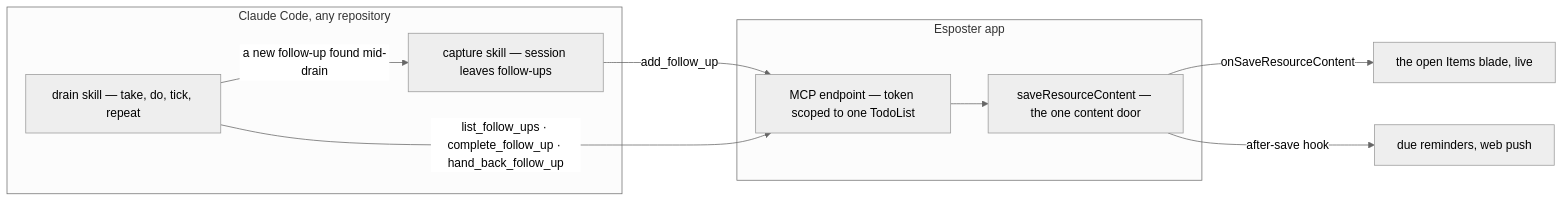
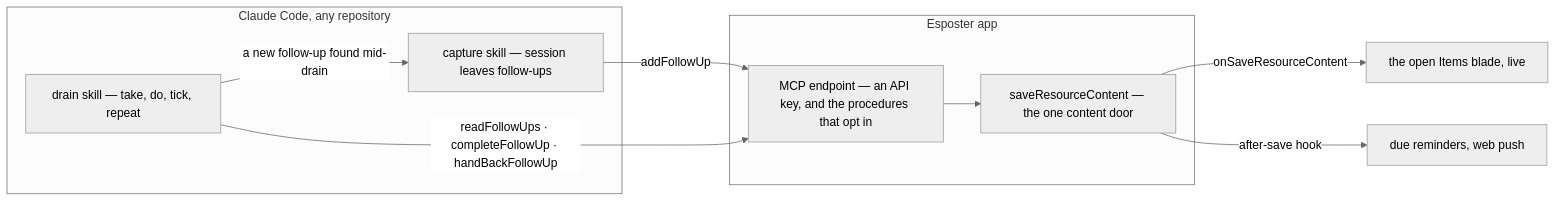
The diagram in apps/web/content/docs/proposals/resource/todolist-agent-follow-ups/index.md (Esposter/Esposter), drawn with Mermaid (neutral theme) before and after one commit. The commit also changed other lines of this file and 4 other files, not shown here.

First line of the commit message:
docs(resource): revise agent access to an API key and a procedure bridge

````diff
--- a/apps/web/content/docs/proposals/resource/todolist-agent-follow-ups/index.md
+++ b/apps/web/content/docs/proposals/resource/todolist-agent-follow-ups/index.md
@@ -16,17 +16,17 @@
 ```mermaid
 flowchart LR
   subgraph Terminal["Claude Code, any repository"]
     CAP["capture skill — session leaves follow-ups"]
     DRAIN["drain skill — take, do, tick, repeat"]
   end
   subgraph App["Esposter app"]
-    MCP["MCP endpoint — token scoped to one TodoList"]
+    MCP["MCP endpoint — an API key, and the procedures that opt in"]
     SAVE["saveResourceContent — the one content door"]
   end
-  CAP -->|"add_follow_up"| MCP
-  DRAIN -->|"list_follow_ups · complete_follow_up · hand_back_follow_up"| MCP
+  CAP -->|"addFollowUp"| MCP
+  DRAIN -->|"readFollowUps · completeFollowUp · handBackFollowUp"| MCP
   MCP --> SAVE
   SAVE -->|"onSaveResourceContent"| PAGE["the open Items blade, live"]
   SAVE -->|"after-save hook"| REM["due reminders, web push"]
   DRAIN -->|"a new follow-up found mid-drain"| CAP
 ```
````
